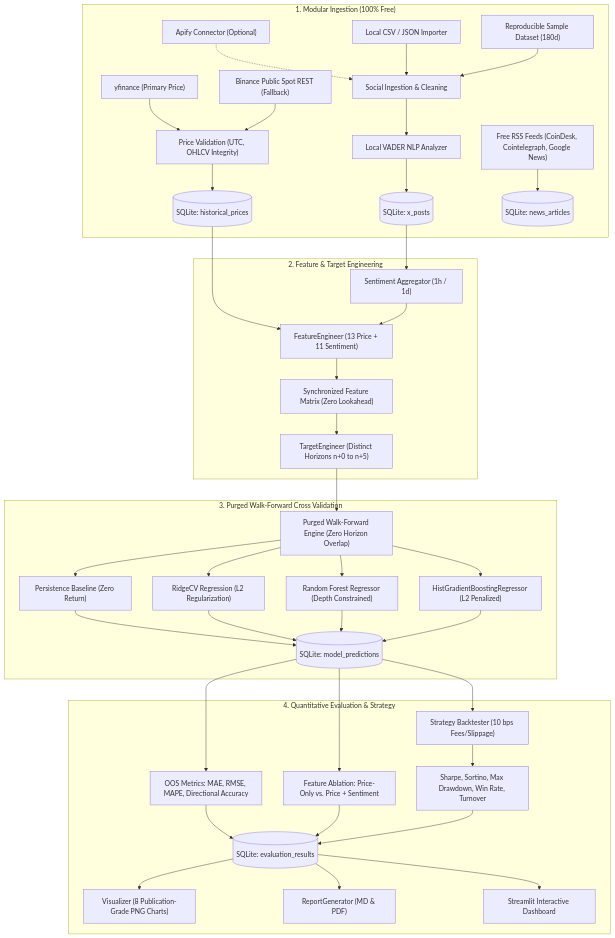
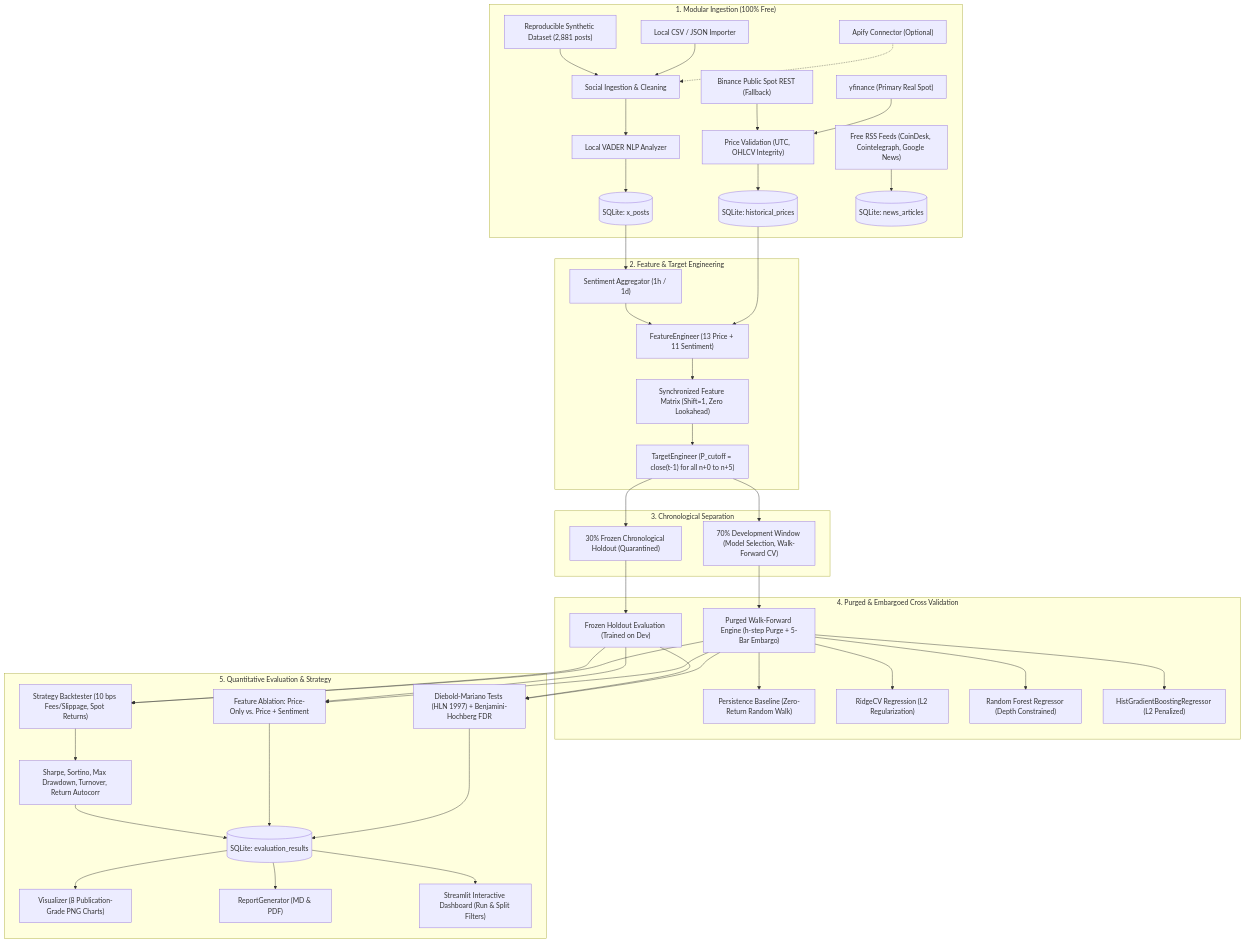
The diagram in README.md (HarshitSharma-Tech/sentiment_analysis), drawn with Mermaid before and after one commit. The commit also changed other lines of this file and 24 other files, not shown here.

Commit message:
feat: complete research-grade multi-horizon sentiment prediction agent, audit fixes, Colab master notebook, and evaluation reports

````diff
--- a/README.md
+++ b/README.md
@@ -28,44 +28,49 @@
 ```mermaid
 flowchart TD
     subgraph Ingestion ["1. Modular Ingestion (100% Free)"]
-        YF["yfinance (Primary Price)"] --> P_VAL["Price Validation (UTC, OHLCV Integrity)"]
+        YF["yfinance (Primary Real Spot)"] --> P_VAL["Price Validation (UTC, OHLCV Integrity)"]
         BIN["Binance Public Spot REST (Fallback)"] --> P_VAL
         P_VAL --> DB_P[(SQLite: historical_prices)]
 
         APIFY["Apify Connector (Optional)"] -.-> X_VAL["Social Ingestion & Cleaning"]
         CSV_X["Local CSV / JSON Importer"] --> X_VAL
-        SAMPLE_X["Reproducible Sample Dataset (180d)"] --> X_VAL
+        SAMPLE_X["Reproducible Synthetic Dataset (2,881 posts)"] --> X_VAL
         X_VAL --> VADER["Local VADER NLP Analyzer"]
         VADER --> DB_X[(SQLite: x_posts)]
 
         RSS["Free RSS Feeds (CoinDesk, Cointelegraph, Google News)"] --> DB_N[(SQLite: news_articles)]
     end
 
     subgraph FeatureEngineering ["2. Feature & Target Engineering"]
         DB_P --> FE["FeatureEngineer (13 Price + 11 Sentiment)"]
         DB_X --> AGG["Sentiment Aggregator (1h / 1d)"]
         AGG --> FE
-        FE --> MERGE["Synchronized Feature Matrix (Zero Lookahead)"]
-        MERGE --> TE["TargetEngineer (Distinct Horizons n+0 to n+5)"]
+        FE --> MERGE["Synchronized Feature Matrix (Shift=1, Zero Lookahead)"]
+        MERGE --> TE["TargetEngineer (P_cutoff = close(t-1) for all n+0 to n+5)"]
     end
 
-    subgraph Modeling ["3. Purged Walk-Forward Cross Validation"]
-        TE --> WF["Purged Walk-Forward Engine (Zero Horizon Overlap)"]
-        WF --> M1["Persistence Baseline (Zero Return)"]
+    subgraph Partitioning ["3. Chronological Separation"]
+        TE --> DEV["70% Development Window (Model Selection, Walk-Forward CV)"]
+        TE --> HOLD["30% Frozen Chronological Holdout (Quarantined)"]
+    end
+
+    subgraph Modeling ["4. Purged & Embargoed Cross Validation"]
+        DEV --> WF["Purged Walk-Forward Engine (h-step Purge + 5-Bar Embargo)"]
+        WF --> M1["Persistence Baseline (Zero-Return Random Walk)"]
         WF --> M2["RidgeCV Regression (L2 Regularization)"]
         WF --> M3["Random Forest Regressor (Depth Constrained)"]
         WF --> M4["HistGradientBoostingRegressor (L2 Penalized)"]
-        M1 & M2 & M3 & M4 --> OOS_PRED[(SQLite: model_predictions)]
+        HOLD --> OOS_EVAL["Frozen Holdout Evaluation (Trained on Dev)"]
     end
 
-    subgraph Evaluation ["4. Quantitative Evaluation & Strategy"]
-        OOS_PRED --> METRICS["OOS Metrics: MAE, RMSE, MAPE, Directional Accuracy"]
-        OOS_PRED --> ABLATION["Feature Ablation: Price-Only vs. Price + Sentiment"]
-        OOS_PRED --> BT["Strategy Backtester (10 bps Fees/Slippage)"]
-        BT --> RISK["Sharpe, Sortino, Max Drawdown, Win Rate, Turnover"]
-        METRICS & ABLATION & RISK --> DB_EVAL[(SQLite: evaluation_results)]
+    subgraph Evaluation ["5. Quantitative Evaluation & Strategy"]
+        WF & OOS_EVAL --> STATS["Diebold-Mariano Tests (HLN 1997) + Benjamini-Hochberg FDR"]
+        WF & OOS_EVAL --> ABLATION["Feature Ablation: Price-Only vs. Price + Sentiment"]
+        WF & OOS_EVAL --> BT["Strategy Backtester (10 bps Fees/Slippage, Spot Returns)"]
+        BT --> RISK["Sharpe, Sortino, Max Drawdown, Turnover, Return Autocorr"]
+        STATS & ABLATION & RISK --> DB_EVAL[(SQLite: evaluation_results)]
         DB_EVAL --> VIZ["Visualizer (8 Publication-Grade PNG Charts)"]
         DB_EVAL --> REP["ReportGenerator (MD & PDF)"]
-        DB_EVAL --> DASH["Streamlit Interactive Dashboard"]
+        DB_EVAL --> DASH["Streamlit Interactive Dashboard (Run & Split Filters)"]
     end
 ```
````
